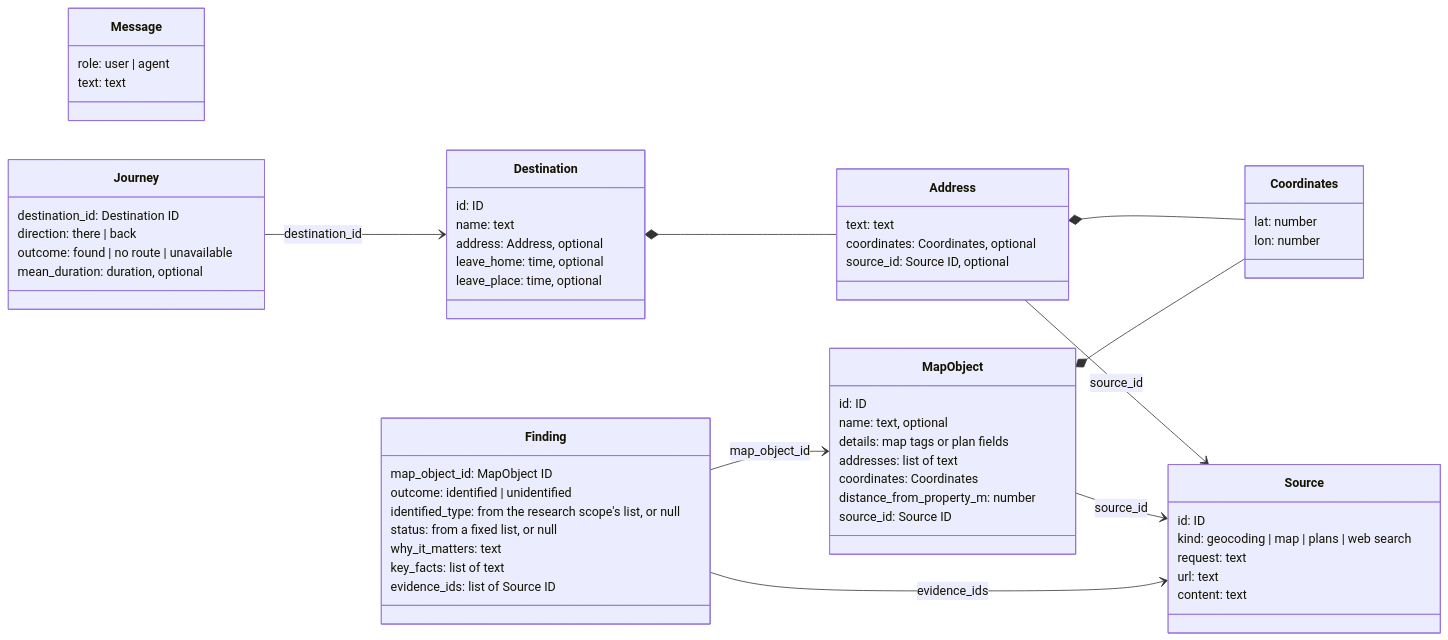
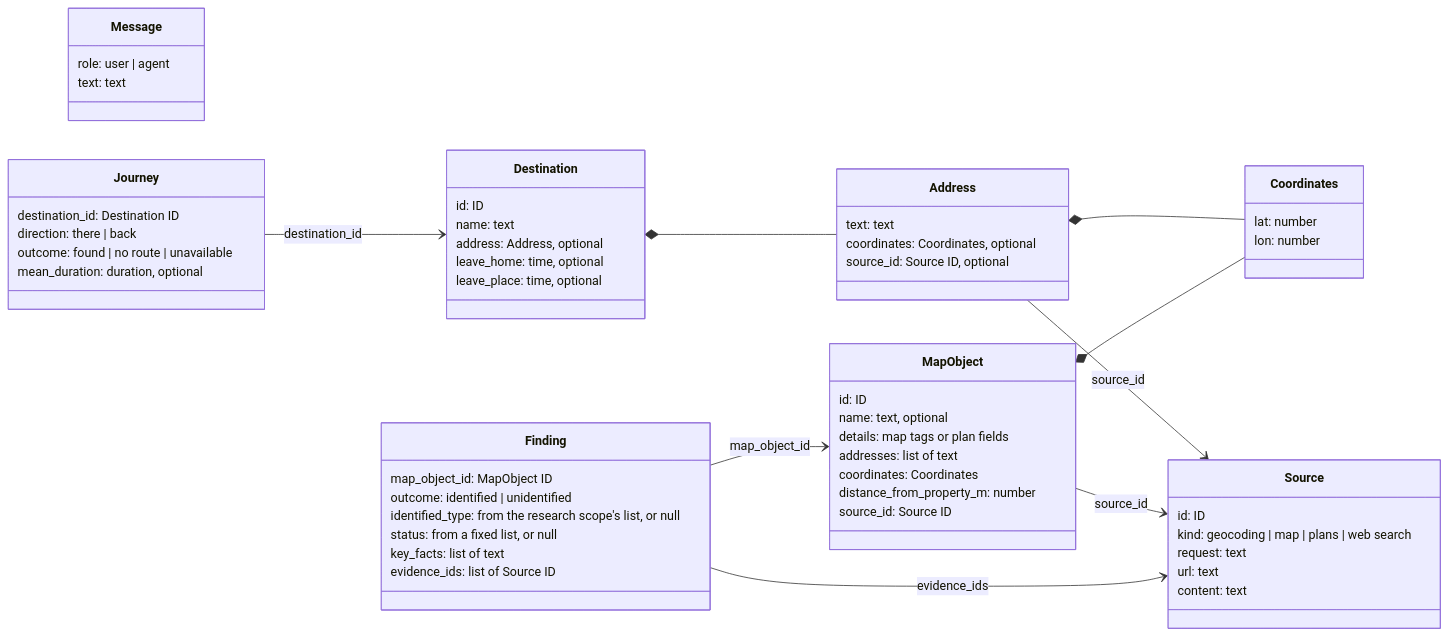
One commit to avashchenkov/out-of-frame changed the second of 2 diagrams in docs/architecture.md. Above: the diagram before and after it, drawn with Mermaid. The commit also changed other lines of this file and 1 other file, not shown here.

Commit message:
docs: drop why_it_matters from the finding and hide the category from the model

````diff
--- a/docs/architecture.md
+++ b/docs/architecture.md
@@ -230,63 +230,62 @@
 ```mermaid
 classDiagram
     direction LR
     class Message {
         role: user | agent
         text: text
     }
     class Address {
         text: text
         coordinates: Coordinates, optional
         source_id: Source ID, optional
     }
     class Coordinates {
         lat: number
         lon: number
     }
     class Destination {
         id: ID
         name: text
         address: Address, optional
         leave_home: time, optional
         leave_place: time, optional
     }
     class Source {
         id: ID
         kind: geocoding | map | plans | web search
         request: text
         url: text
         content: text
     }
     class MapObject {
         id: ID
         name: text, optional
         details: map tags or plan fields
         addresses: list of text
         coordinates: Coordinates
         distance_from_property_m: number
         source_id: Source ID
     }
     class Finding {
         map_object_id: MapObject ID
         outcome: identified | unidentified
         identified_type: from the research scope's list, or null
         status: from a fixed list, or null
-        why_it_matters: text
         key_facts: list of text
         evidence_ids: list of Source ID
     }
     class Journey {
         destination_id: Destination ID
         direction: there | back
         outcome: found | no route | unavailable
         mean_duration: duration, optional
     }
     Destination *-- Address
     Address *-- Coordinates
     Address --> Source : source_id
     MapObject *-- Coordinates
     MapObject --> Source : source_id
     Finding --> MapObject : map_object_id
     Finding --> Source : evidence_ids
     Journey --> Destination : destination_id
 ```
````
